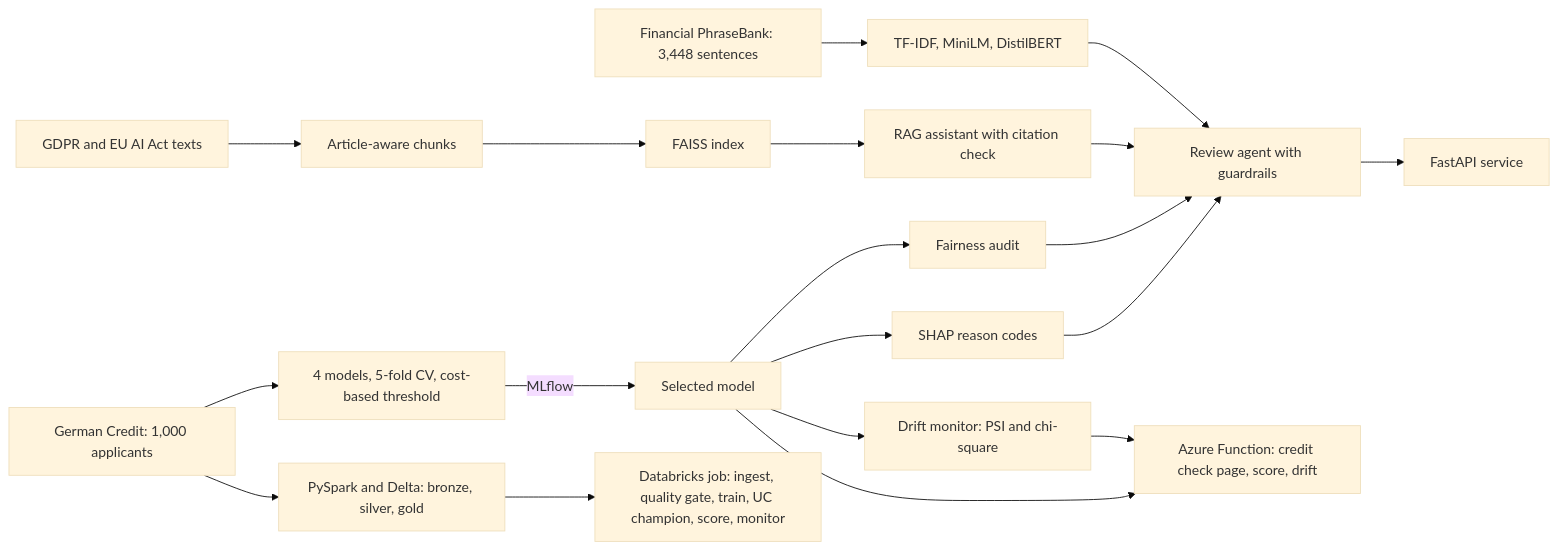
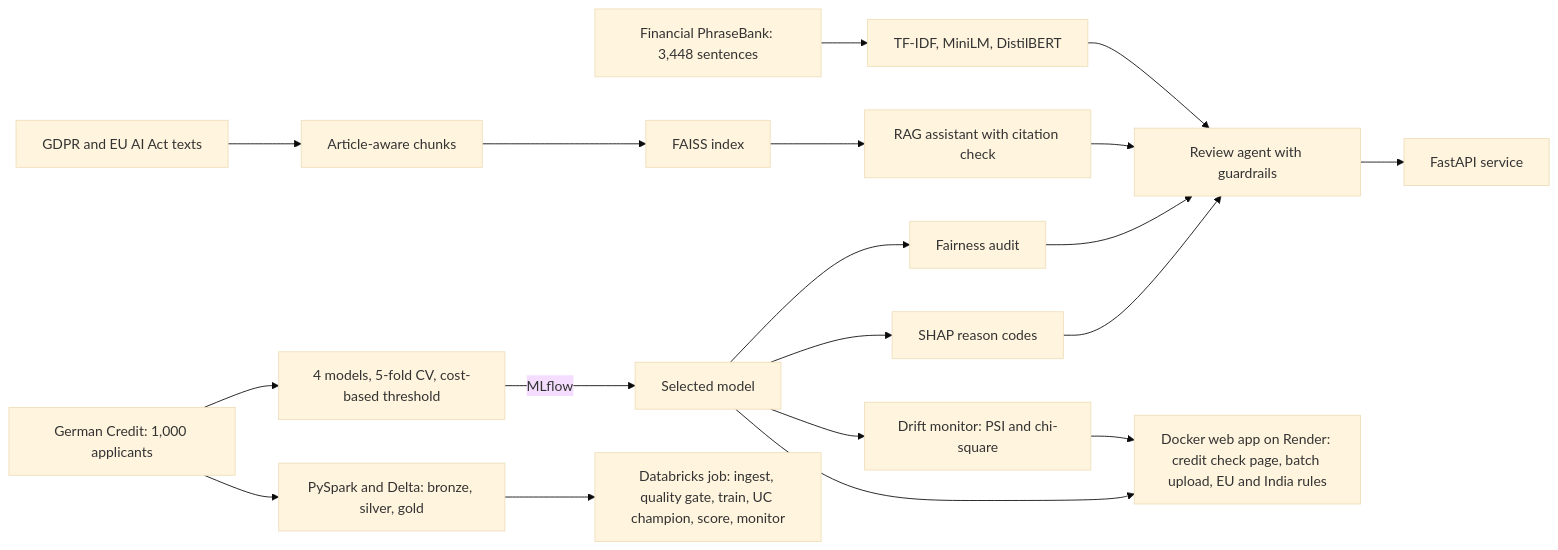
Before and after one commit to shubhamyad86-ai/nyaya: the diagram in README.md, drawn with Mermaid (base theme). The commit also changed other lines of this file and 7 other files, not shown here.

````diff
--- a/README.md
+++ b/README.md
@@ -86,21 +92,21 @@
 ```mermaid
 flowchart LR
     A["German Credit: 1,000 applicants"] --> D["4 models, 5-fold CV, cost-based threshold"]
     A --> B["PySpark and Delta: bronze, silver, gold"]
     D -->|MLflow| E["Selected model"]
     E --> F["SHAP reason codes"]
     E --> G["Fairness audit"]
     E --> N["Drift monitor: PSI and chi-square"]
     H["GDPR and EU AI Act texts"] --> I["Article-aware chunks"]
     I --> J["FAISS index"]
     J --> K["RAG assistant with citation check"]
     S["Financial PhraseBank: 3,448 sentences"] --> T["TF-IDF, MiniLM, DistilBERT"]
     F --> L["Review agent with guardrails"]
     G --> L
     K --> L
     T --> L
     L --> M["FastAPI service"]
-    E --> O["Azure Function: credit check page, score, drift"]
+    E --> O["Docker web app on Render: credit check page, batch upload, EU and India rules"]
     B --> P["Databricks job: ingest, quality gate, train, UC champion, score, monitor"]
     N --> O
 ```
````
